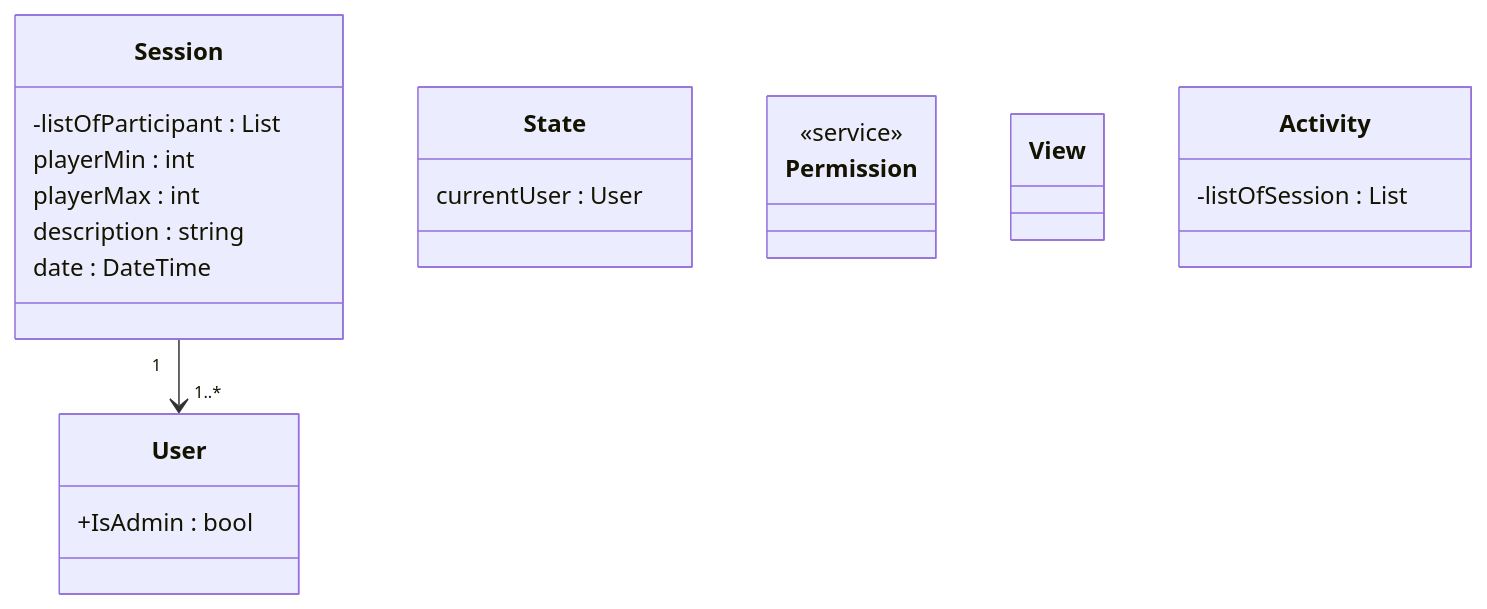
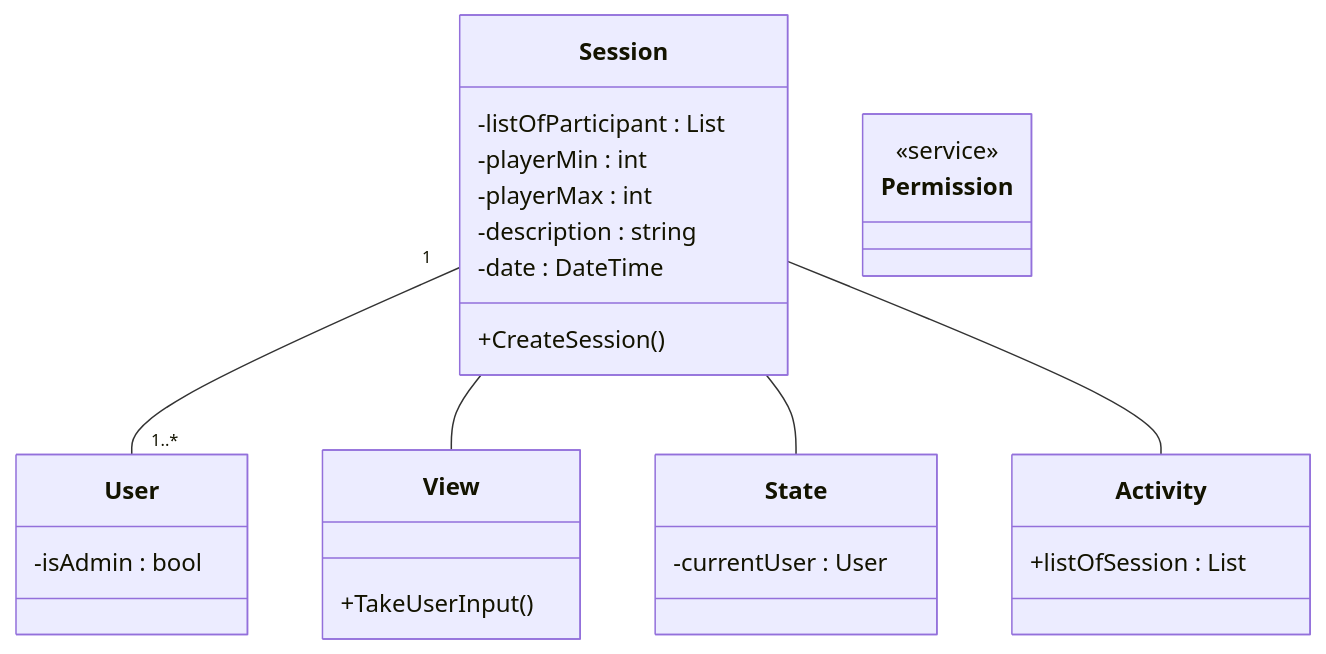
One commit to MatiasHeiberg/1.semesterprojekt changed the fourth of 4 diagrams in 02 notes/Klassediagram.md. Above: the diagram before and after it, drawn with Mermaid. The commit also changed 1 other file, not shown here.

Commit message:
Klassediagram version 4

````diff
--- a/02 notes/Klassediagram.md
+++ b/02 notes/Klassediagram.md
@@ -129,34 +129,41 @@
 ```mermaid
 classDiagram
 
 %% Class definitions
 class Session {
     -listOfParticipant : List<User>
-	playerMin : int 
-	playerMax : int
-	description : string
-	date : DateTime
+	-playerMin : int 
+	-playerMax : int
+	-description : string
+	-date : DateTime
+	
+	+CreateSession()
 	
 }
 class User {
-	+IsAdmin : bool
+	-isAdmin : bool
 	
 }
 class State {
-	currentUser : User
+	-currentUser : User
 }
 %% Serviceklasse til at håndtere rettigheds kald i systemmet.
 class Permission {
 	<<service>>
 }
 
-class View
-
+class View {
+	+TakeUserInput()
+}
 class Activity {
-	-listOfSession : List<Session>
+	+listOfSession : List<Session>
 }
 %% Class relationships
-Session "1" --> "1..*" User
+Session "1" -- "1..*" User
+Session -- View
+Session -- State
+Session -- Activity
+
 
 
 ```
````
